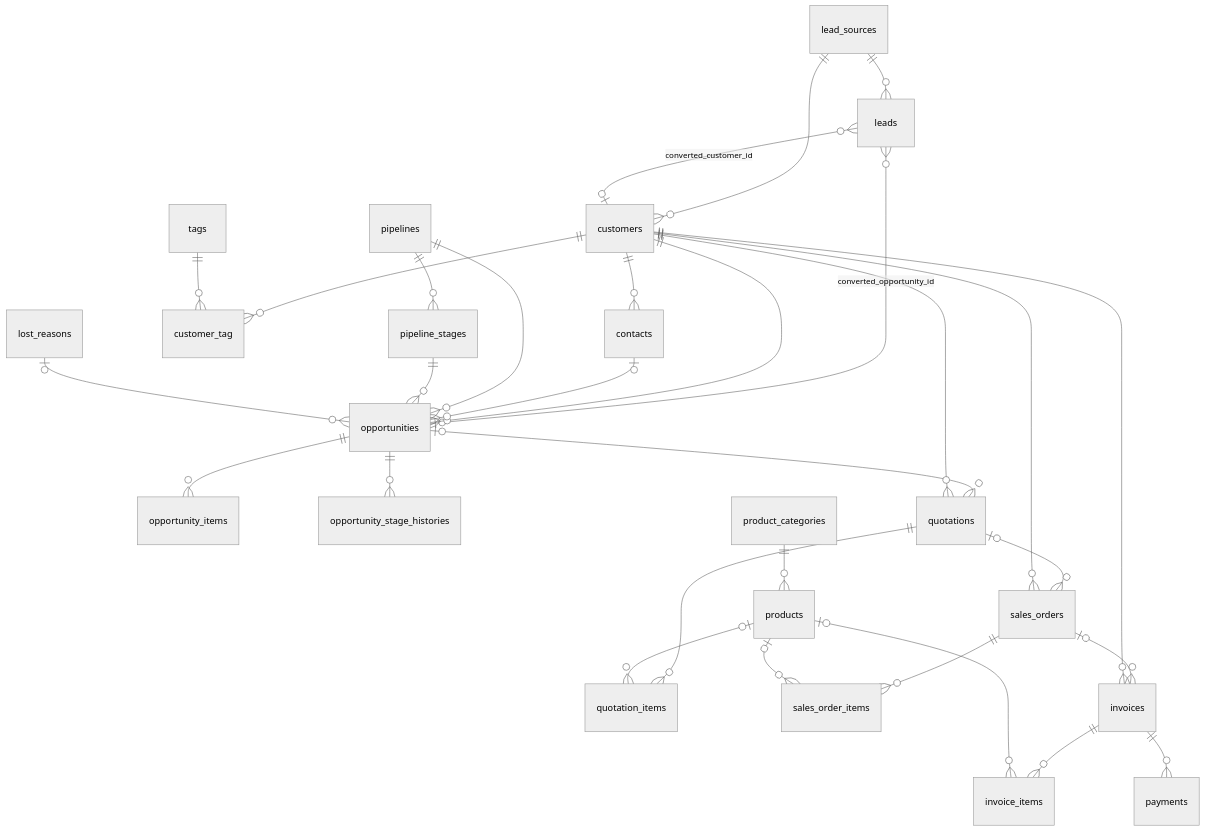
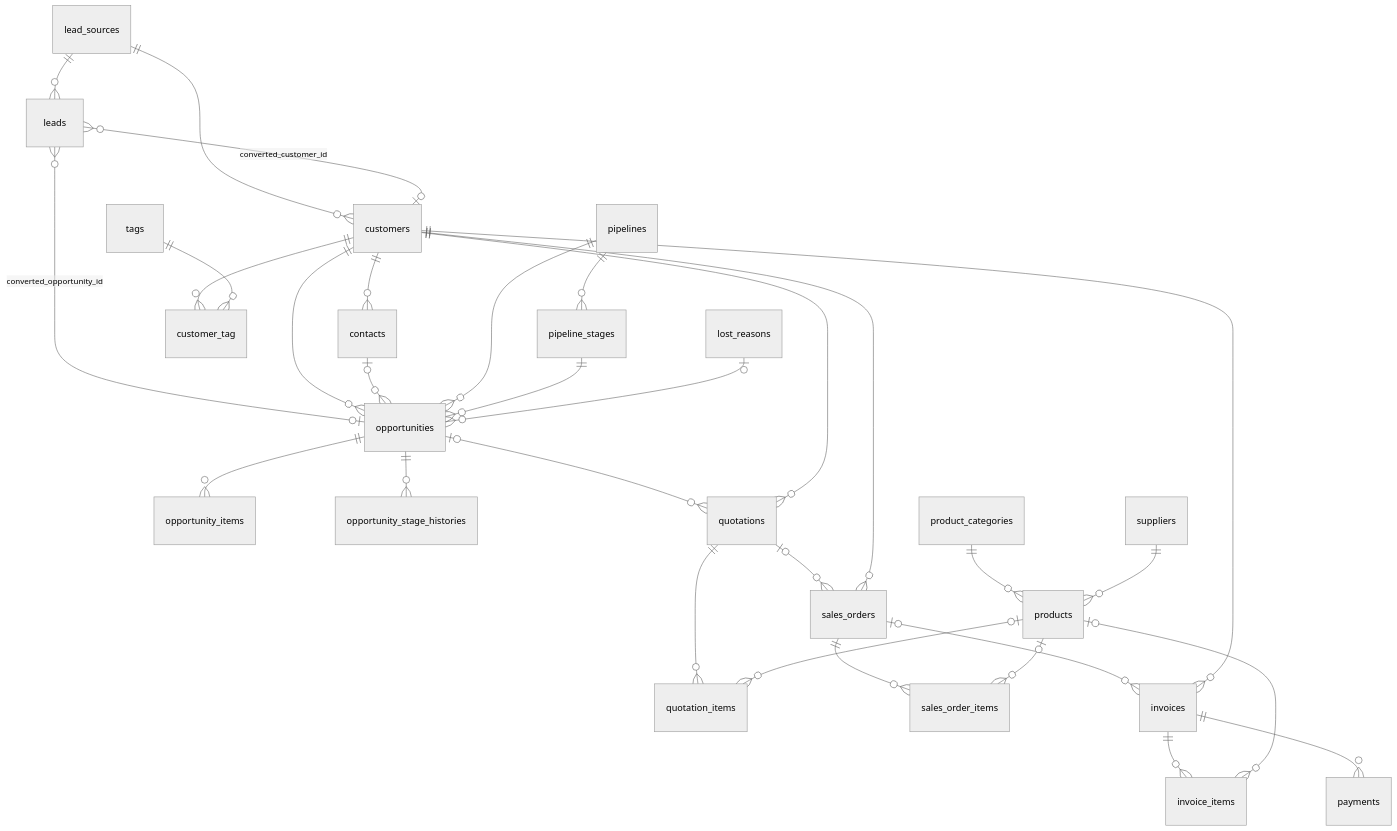
The second of 3 diagrams in docs/DATABASE.md (phuc-ltp/top-crm), drawn with Mermaid (neutral theme) before and after one commit. The commit also changed other lines of this file and 30 other files, not shown here.

````diff
--- a/docs/DATABASE.md
+++ b/docs/DATABASE.md
@@ -42,32 +42,33 @@
 ```mermaid
 erDiagram
     lead_sources ||--o{ leads : ""
     lead_sources ||--o{ customers : ""
     leads }o--o| customers : "converted_customer_id"
     leads }o--o| opportunities : "converted_opportunity_id"
     customers ||--o{ contacts : ""
     customers ||--o{ customer_tag : ""
     tags ||--o{ customer_tag : ""
     customers ||--o{ opportunities : ""
     contacts |o--o{ opportunities : ""
     pipelines ||--o{ pipeline_stages : ""
     pipelines ||--o{ opportunities : ""
     pipeline_stages ||--o{ opportunities : ""
     opportunities ||--o{ opportunity_items : ""
     lost_reasons |o--o{ opportunities : ""
     opportunities ||--o{ opportunity_stage_histories : ""
     opportunities |o--o{ quotations : ""
     customers ||--o{ quotations : ""
     quotations ||--o{ quotation_items : ""
     quotations |o--o{ sales_orders : ""
     customers ||--o{ sales_orders : ""
     sales_orders ||--o{ sales_order_items : ""
     sales_orders |o--o{ invoices : ""
     customers ||--o{ invoices : ""
     invoices ||--o{ invoice_items : ""
     invoices ||--o{ payments : ""
     product_categories ||--o{ products : ""
+    suppliers ||--o{ products : ""
     products |o--o{ quotation_items : ""
     products |o--o{ sales_order_items : ""
     products |o--o{ invoice_items : ""
 ```
````
